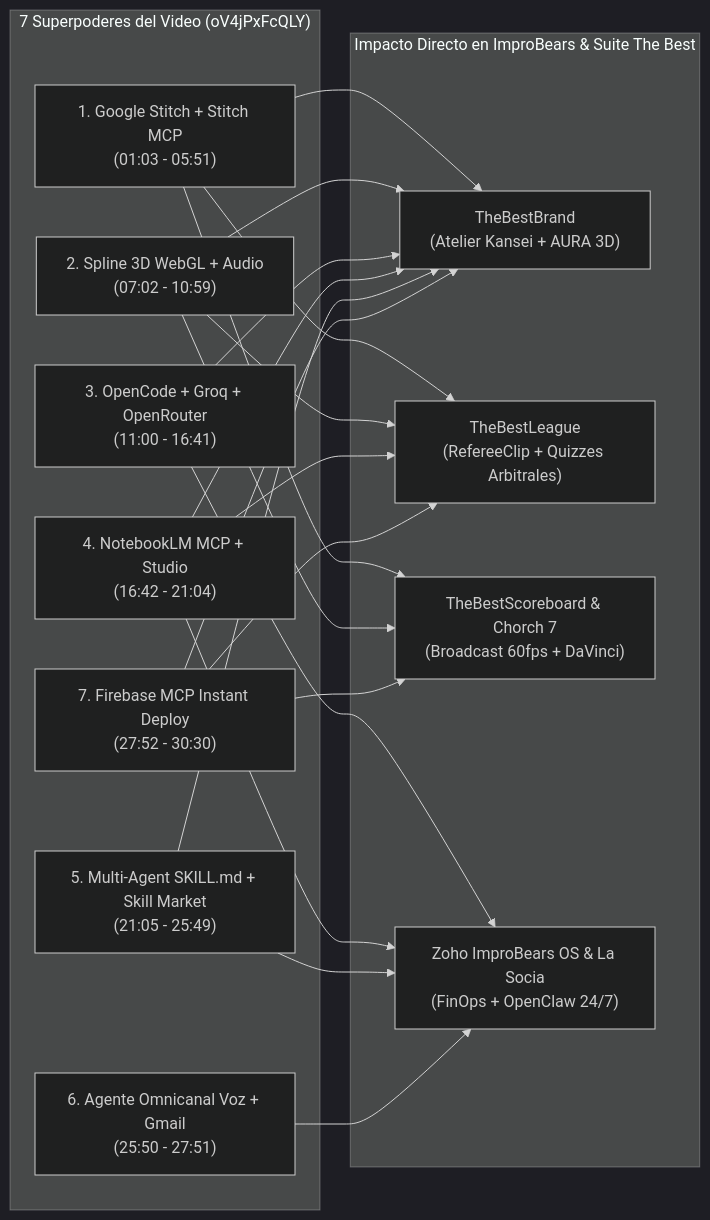
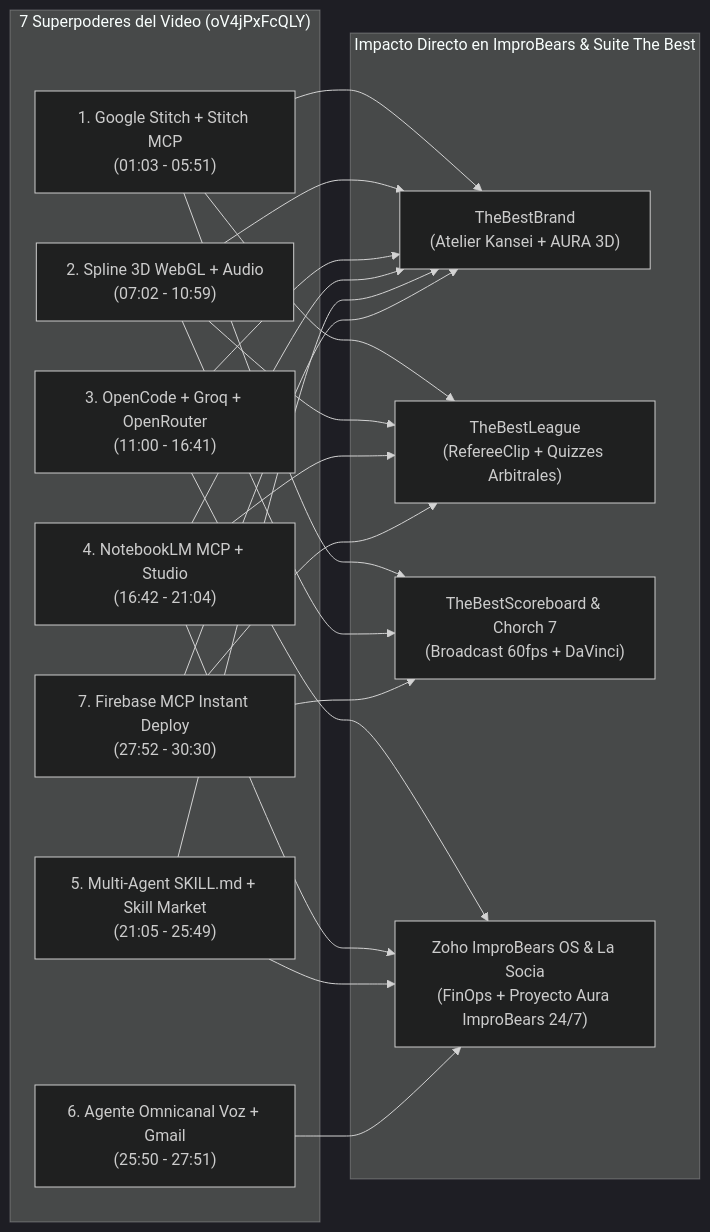
The diagram in DICTAMEN_LIDER_TECNICO_ANTIGRAVITY_VIDEO_Y_100_MEJORAS_SISTEMATICAS.md (ImprobearsIA/thebestbrand), drawn with Mermaid (dark theme) before and after one commit. The commit also changed other lines of this file and 8 other files, not shown here.

Commit message:
feat(aura-improbears): rebrand OpenClaw to Proyecto Aura ImproBears & upgrade Apple CarPlay v2.0

````diff
--- a/DICTAMEN_LIDER_TECNICO_ANTIGRAVITY_VIDEO_Y_100_MEJORAS_SISTEMATICAS.md
+++ b/DICTAMEN_LIDER_TECNICO_ANTIGRAVITY_VIDEO_Y_100_MEJORAS_SISTEMATICAS.md
@@ -33,27 +33,27 @@
 ```mermaid
 flowchart LR
     subgraph Video["7 Superpoderes del Video (oV4jPxFcQLY)"]
         SP1["1. Google Stitch + Stitch MCP<br/>(01:03 - 05:51)"]
         SP2["2. Spline 3D WebGL + Audio<br/>(07:02 - 10:59)"]
         SP3["3. OpenCode + Groq + OpenRouter<br/>(11:00 - 16:41)"]
         SP4["4. NotebookLM MCP + Studio<br/>(16:42 - 21:04)"]
         SP5["5. Multi-Agent SKILL.md + Skill Market<br/>(21:05 - 25:49)"]
         SP6["6. Agente Omnicanal Voz + Gmail<br/>(25:50 - 27:51)"]
         SP7["7. Firebase MCP Instant Deploy<br/>(27:52 - 30:30)"]
     end
 
     subgraph Ecosistema["Impacto Directo en ImproBears & Suite The Best"]
         TBB["TheBestBrand<br/>(Atelier Kansei + AURA 3D)"]
         TBL["TheBestLeague<br/>(RefereeClip + Quizzes Arbitrales)"]
         TBS["TheBestScoreboard & Chorch 7<br/>(Broadcast 60fps + DaVinci)"]
-        ZIB["Zoho ImproBears OS & La Socia<br/>(FinOps + OpenClaw 24/7)"]
+        ZIB["Zoho ImproBears OS & La Socia<br/>(FinOps + Proyecto Aura ImproBears 24/7)"]
     end
 
     SP1 --> TBB & TBL & TBS
     SP2 --> TBB & TBS & TBL
     SP3 --> ZIB & TBB
     SP4 --> TBL & TBB & ZIB
     SP5 --> ZIB & TBB
     SP6 --> ZIB
     SP7 --> TBB & TBL & TBS
 ```
````
